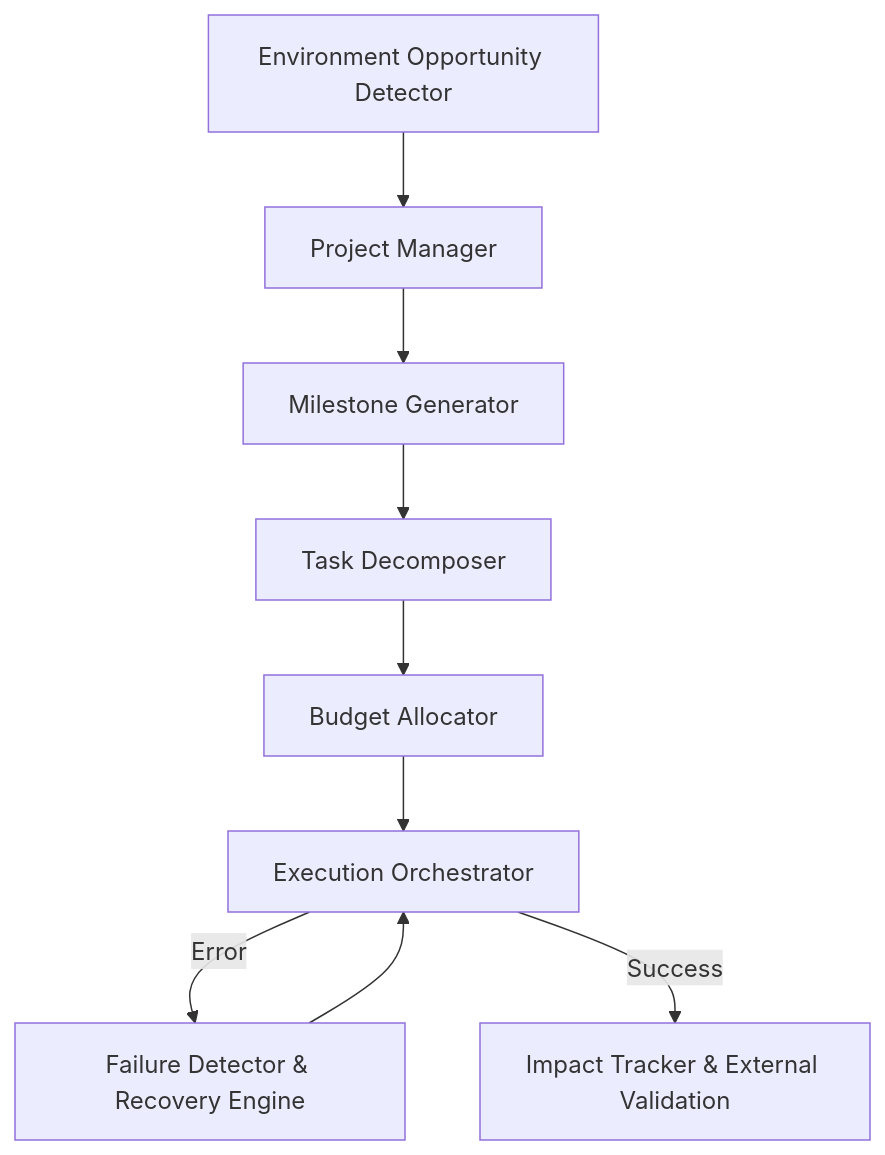
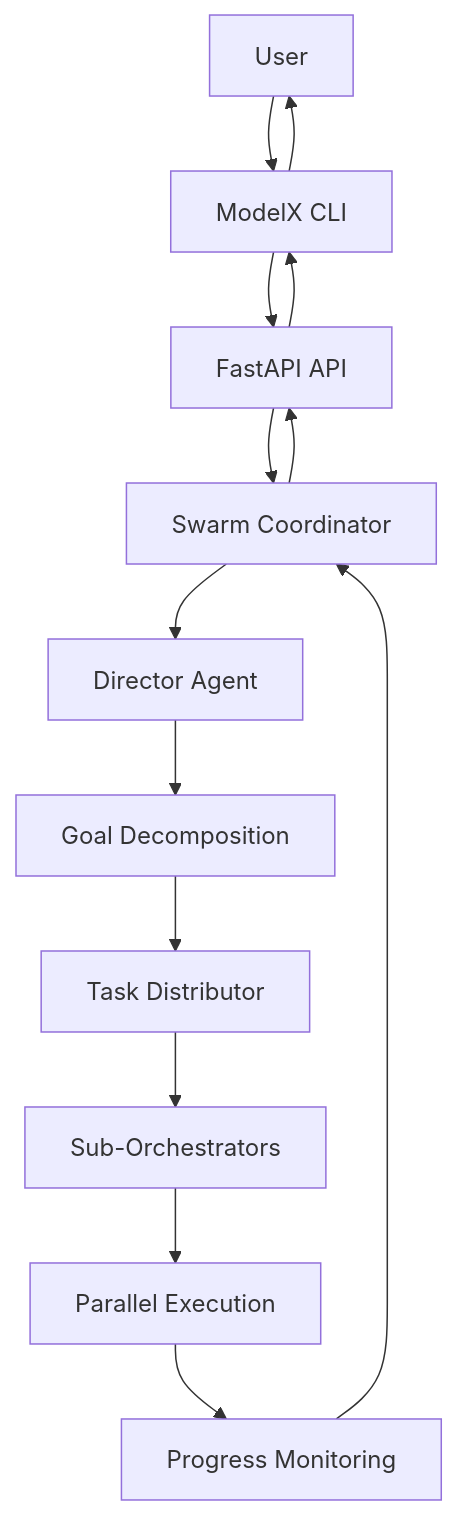
The fourth of 4 diagrams in README.md (SelfSmartbrain/ModelX), drawn with Mermaid before and after one commit. The commit also changed other lines of this file, not shown here.

````diff
--- a/README.md
+++ b/README.md
@@ -139,11 +281,16 @@
 ```mermaid
 flowchart TB
-    Opportunity[Environment Opportunity Detector] --> Project[Project Manager]
-    Project --> Milestones[Milestone Generator]
-    Milestones --> Tasks[Task Decomposer]
-    Tasks --> Budget[Budget Allocator]
-    Budget --> Execute[Execution Orchestrator]
-    Execute -- Error --> Recovery[Failure Detector & Recovery Engine]
-    Recovery --> Execute
-    Execute -- Success --> Impact[Impact Tracker & External Validation]
+    User[User] --> CLI[ModelX CLI]
+    CLI --> API[FastAPI API]
+    API --> Coordinator[Swarm Coordinator]
+    Coordinator --> Director[Director Agent]
+    Director --> Decompose[Goal Decomposition]
+    Decompose --> Distributor[Task Distributor]
+    Distributor --> SubOrch[Sub-Orchestrators]
+    SubOrch --> Execute[Parallel Execution]
+    Execute --> Monitor[Progress Monitoring]
+    Monitor --> Coordinator
+    Coordinator --> API
+    API --> CLI
+    CLI --> User
 ```
````
